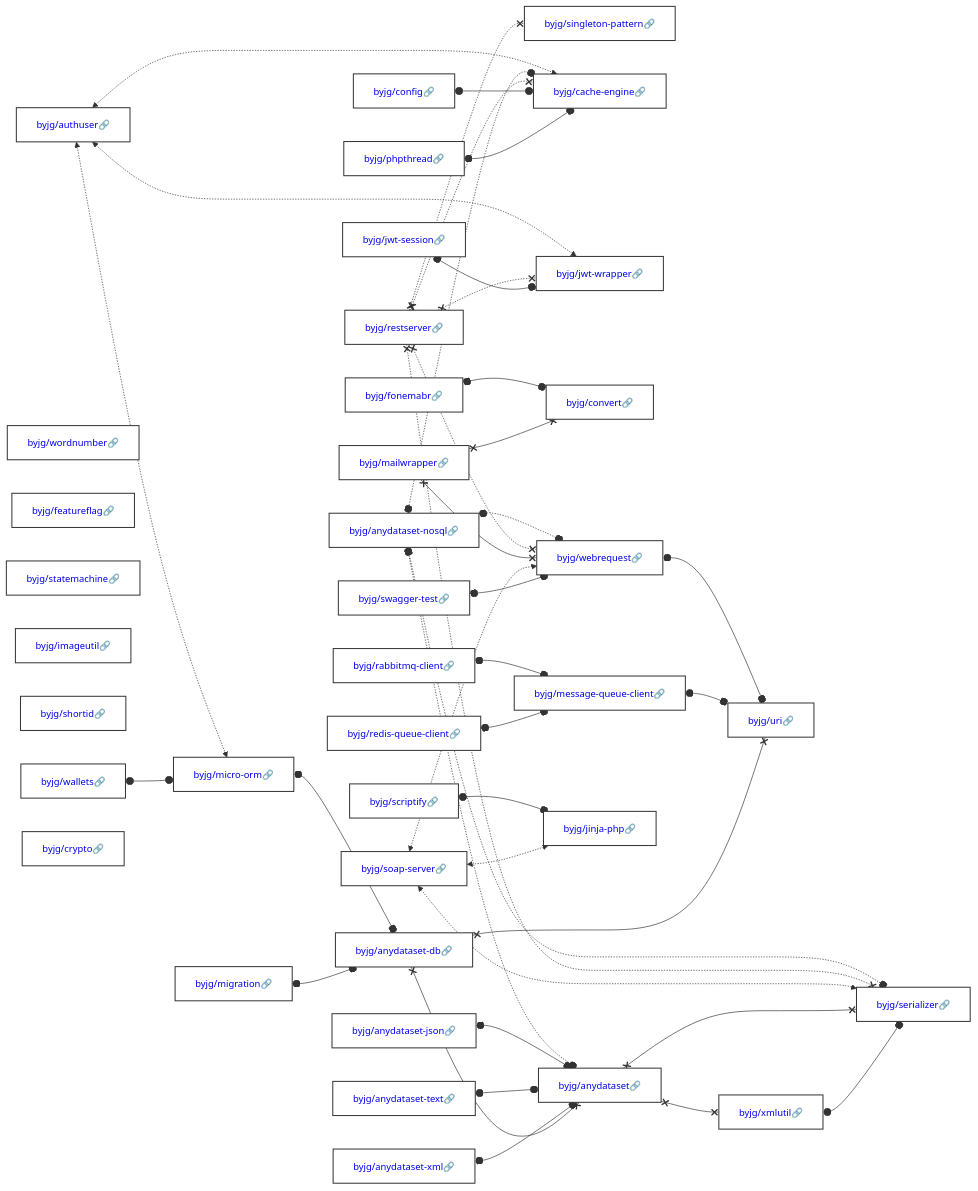
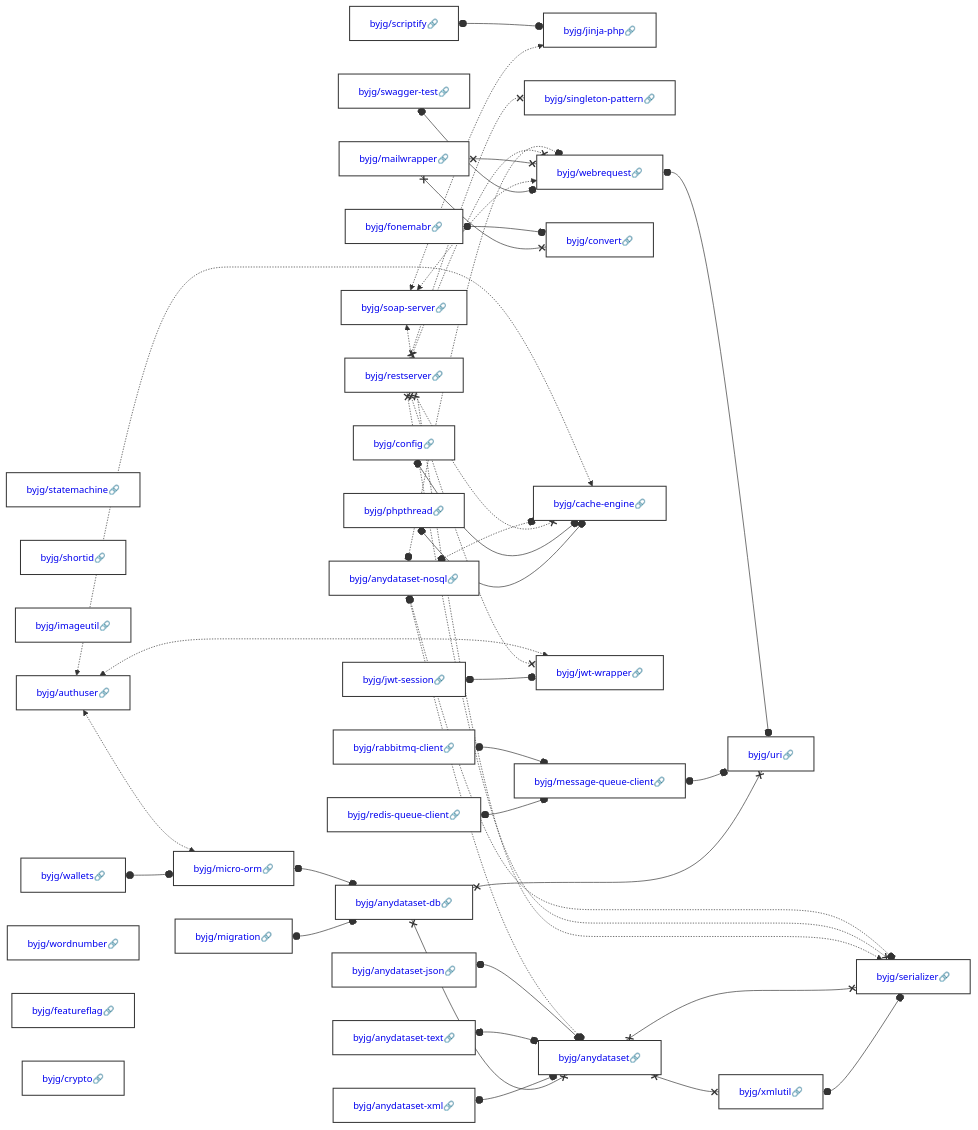
Before and after one commit to byjg/byjg.github.io: the diagram in docs/php/README.md, drawn with Mermaid. The commit also changed other lines of this file and 1 other file, not shown here.

Commit message:
Update documentation 'php' 'php-featureflag'

````diff
--- a/docs/php/README.md
+++ b/docs/php/README.md
@@ -3,37 +3,37 @@
 ```mermaid
 graph LR;
-  byjg/anydataset-nosql[<a href='https://opensource.byjg.com/docs/php/anydataset-nosql' style='text-decoration:none'>byjg/anydataset-nosql🔗</a>];
-  byjg/redis-queue-client[<a href='https://opensource.byjg.com/docs/php/redis-queue-client' style='text-decoration:none'>byjg/redis-queue-client🔗</a>];
+  byjg/statemachine[<a href='https://opensource.byjg.com/docs/php/statemachine' style='text-decoration:none'>byjg/statemachine🔗</a>];
+  byjg/shortid[<a href='https://opensource.byjg.com/docs/php/shortid' style='text-decoration:none'>byjg/shortid🔗</a>];
+  byjg/rabbitmq-client[<a href='https://opensource.byjg.com/docs/php/rabbitmq-client' style='text-decoration:none'>byjg/rabbitmq-client🔗</a>];
+  byjg/imageutil[<a href='https://opensource.byjg.com/docs/php/imageutil' style='text-decoration:none'>byjg/imageutil🔗</a>];
+  byjg/phpthread[<a href='https://opensource.byjg.com/docs/php/phpthread' style='text-decoration:none'>byjg/phpthread🔗</a>];
+  byjg/scriptify[<a href='https://opensource.byjg.com/docs/php/scriptify' style='text-decoration:none'>byjg/scriptify🔗</a>];
+  byjg/fonemabr[<a href='https://opensource.byjg.com/docs/php/fonemabr' style='text-decoration:none'>byjg/fonemabr🔗</a>];
   byjg/config[<a href='https://opensource.byjg.com/docs/php/config' style='text-decoration:none'>byjg/config🔗</a>];
   byjg/authuser[<a href='https://opensource.byjg.com/docs/php/authuser' style='text-decoration:none'>byjg/authuser🔗</a>];
+  byjg/soap-server[<a href='https://opensource.byjg.com/docs/php/soap-server' style='text-decoration:none'>byjg/soap-server🔗</a>];
+  byjg/restserver[<a href='https://opensource.byjg.com/docs/php/restserver' style='text-decoration:none'>byjg/restserver🔗</a>];
+  byjg/anydataset-text[<a href='https://opensource.byjg.com/docs/php/anydataset-text' style='text-decoration:none'>byjg/anydataset-text🔗</a>];
+  byjg/anydataset-json[<a href='https://opensource.byjg.com/docs/php/anydataset-json' style='text-decoration:none'>byjg/anydataset-json🔗</a>];
+  byjg/migration[<a href='https://opensource.byjg.com/docs/php/migration' style='text-decoration:none'>byjg/migration🔗</a>];
+  byjg/redis-queue-client[<a href='https://opensource.byjg.com/docs/php/redis-queue-client' style='text-decoration:none'>byjg/redis-queue-client🔗</a>];
+  byjg/wallets[<a href='https://opensource.byjg.com/docs/php/wallets' style='text-decoration:none'>byjg/wallets🔗</a>];
+  byjg/mailwrapper[<a href='https://opensource.byjg.com/docs/php/mailwrapper' style='text-decoration:none'>byjg/mailwrapper🔗</a>];
+  byjg/anydataset-nosql[<a href='https://opensource.byjg.com/docs/php/anydataset-nosql' style='text-decoration:none'>byjg/anydataset-nosql🔗</a>];
+  byjg/anydataset-xml[<a href='https://opensource.byjg.com/docs/php/anydataset-xml' style='text-decoration:none'>byjg/anydataset-xml🔗</a>];
   byjg/wordnumber[<a href='https://opensource.byjg.com/docs/php/wordnumber' style='text-decoration:none'>byjg/wordnumber🔗</a>];
-  byjg/phpthread[<a href='https://opensource.byjg.com/docs/php/phpthread' style='text-decoration:none'>byjg/phpthread🔗</a>];
-  byjg/anydataset-json[<a href='https://opensource.byjg.com/docs/php/anydataset-json' style='text-decoration:none'>byjg/anydataset-json🔗</a>];
-  byjg/mailwrapper[<a href='https://opensource.byjg.com/docs/php/mailwrapper' style='text-decoration:none'>byjg/mailwrapper🔗</a>];
-  byjg/soap-server[<a href='https://opensource.byjg.com/docs/php/soap-server' style='text-decoration:none'>byjg/soap-server🔗</a>];
   byjg/jwt-session[<a href='https://opensource.byjg.com/docs/php/jwt-session' style='text-decoration:none'>byjg/jwt-session🔗</a>];
-  byjg/restserver[<a href='https://opensource.byjg.com/docs/php/restserver' style='text-decoration:none'>byjg/restserver🔗</a>];
-  byjg/migration[<a href='https://opensource.byjg.com/docs/php/migration' style='text-decoration:none'>byjg/migration🔗</a>];
-  byjg/fonemabr[<a href='https://opensource.byjg.com/docs/php/fonemabr' style='text-decoration:none'>byjg/fonemabr🔗</a>];
+  byjg/swagger-test[<a href='https://opensource.byjg.com/docs/php/swagger-test' style='text-decoration:none'>byjg/swagger-test🔗</a>];
   byjg/featureflag[<a href='https://opensource.byjg.com/docs/php/featureflag' style='text-decoration:none'>byjg/featureflag🔗</a>];
-  byjg/swagger-test[<a href='https://opensource.byjg.com/docs/php/swagger-test' style='text-decoration:none'>byjg/swagger-test🔗</a>];
-  byjg/statemachine[<a href='https://opensource.byjg.com/docs/php/statemachine' style='text-decoration:none'>byjg/statemachine🔗</a>];
-  byjg/imageutil[<a href='https://opensource.byjg.com/docs/php/imageutil' style='text-decoration:none'>byjg/imageutil🔗</a>];
-  byjg/shortid[<a href='https://opensource.byjg.com/docs/php/shortid' style='text-decoration:none'>byjg/shortid🔗</a>];
-  byjg/anydataset-xml[<a href='https://opensource.byjg.com/docs/php/anydataset-xml' style='text-decoration:none'>byjg/anydataset-xml🔗</a>];
-  byjg/wallets[<a href='https://opensource.byjg.com/docs/php/wallets' style='text-decoration:none'>byjg/wallets🔗</a>];
-  byjg/anydataset-text[<a href='https://opensource.byjg.com/docs/php/anydataset-text' style='text-decoration:none'>byjg/anydataset-text🔗</a>];
   byjg/crypto[<a href='https://opensource.byjg.com/docs/php/crypto' style='text-decoration:none'>byjg/crypto🔗</a>];
-  byjg/rabbitmq-client[<a href='https://opensource.byjg.com/docs/php/rabbitmq-client' style='text-decoration:none'>byjg/rabbitmq-client🔗</a>];
-  byjg/scriptify[<a href='https://opensource.byjg.com/docs/php/scriptify' style='text-decoration:none'>byjg/scriptify🔗</a>];
+  byjg/jinja-php[<a href='https://opensource.byjg.com/docs/php/jinja-php' style='text-decoration:none'>byjg/jinja-php🔗</a>];
   byjg/singleton-pattern[<a href='https://opensource.byjg.com/docs/php/singleton-pattern' style='text-decoration:none'>byjg/singleton-pattern🔗</a>];
+  byjg/message-queue-client[<a href='https://opensource.byjg.com/docs/php/message-queue-client' style='text-decoration:none'>byjg/message-queue-client🔗</a>];
+  byjg/micro-orm[<a href='https://opensource.byjg.com/docs/php/micro-orm' style='text-decoration:none'>byjg/micro-orm🔗</a>];
+  byjg/convert[<a href='https://opensource.byjg.com/docs/php/convert' style='text-decoration:none'>byjg/convert🔗</a>];
   byjg/cache-engine[<a href='https://opensource.byjg.com/docs/php/cache-engine' style='text-decoration:none'>byjg/cache-engine🔗</a>];
   byjg/jwt-wrapper[<a href='https://opensource.byjg.com/docs/php/jwt-wrapper' style='text-decoration:none'>byjg/jwt-wrapper🔗</a>];
-  byjg/convert[<a href='https://opensource.byjg.com/docs/php/convert' style='text-decoration:none'>byjg/convert🔗</a>];
   byjg/webrequest[<a href='https://opensource.byjg.com/docs/php/webrequest' style='text-decoration:none'>byjg/webrequest🔗</a>];
-  byjg/micro-orm[<a href='https://opensource.byjg.com/docs/php/micro-orm' style='text-decoration:none'>byjg/micro-orm🔗</a>];
-  byjg/message-queue-client[<a href='https://opensource.byjg.com/docs/php/message-queue-client' style='text-decoration:none'>byjg/message-queue-client🔗</a>];
-  byjg/jinja-php[<a href='https://opensource.byjg.com/docs/php/jinja-php' style='text-decoration:none'>byjg/jinja-php🔗</a>];
   byjg/anydataset-db[<a href='https://opensource.byjg.com/docs/php/anydataset-db' style='text-decoration:none'>byjg/anydataset-db🔗</a>];
   byjg/anydataset[<a href='https://opensource.byjg.com/docs/php/anydataset' style='text-decoration:none'>byjg/anydataset🔗</a>];
   byjg/uri[<a href='https://opensource.byjg.com/docs/php/uri' style='text-decoration:none'>byjg/uri🔗</a>];
````
